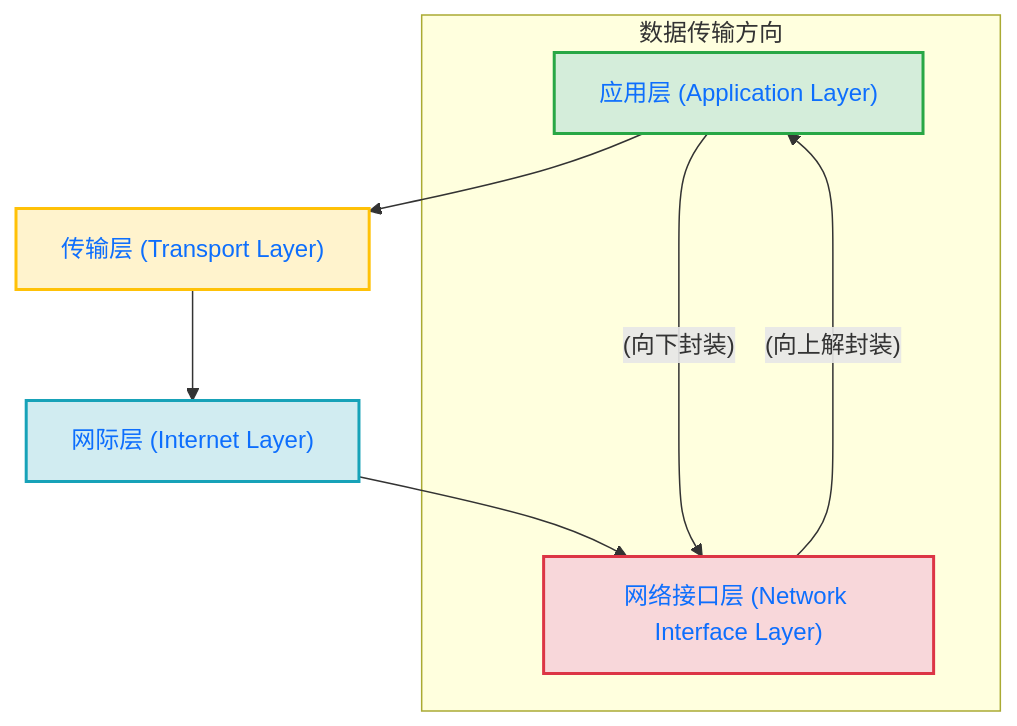
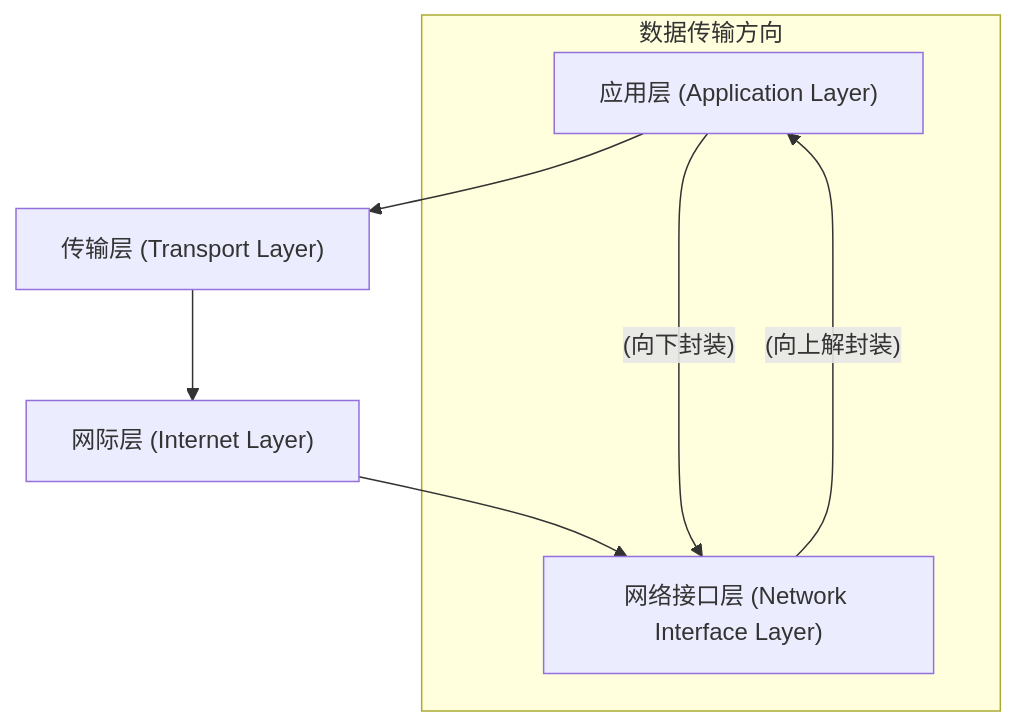
One commit to teatang/t-blog changed the diagram in source/_posts/2023/2023-03-11_TCP IP协议栈深度详解：因特网的核心基石.md. Above: the diagram before and after it, drawn with Mermaid. The commit also changed 24 other files, not shown here.

```diff
--- a/source/_posts/2023/2023-03-11_TCP IP协议栈深度详解：因特网的核心基石.md
+++ b/source/_posts/2023/2023-03-11_TCP IP协议栈深度详解：因特网的核心基石.md
@@ -43,16 +43,11 @@
 {% mermaid %}
 graph TD
     A["应用层 (Application Layer)"] --> B["传输层 (Transport Layer)"]
     B --> C["网际层 (Internet Layer)"]
     C --> D["网络接口层 (Network Interface Layer)"]
 
     subgraph 数据传输方向
         A --(向下封装)--> D
         D --(向上解封装)--> A
     end
-
-    style A fill:#D4EDDA,stroke:#28A745,stroke-width:2px,color:#0D6EFD
-    style B fill:#FFF3CD,stroke:#FFC107,stroke-width:2px,color:#0D6EFD
-    style C fill:#D1ECF1,stroke:#17A2B8,stroke-width:2px,color:#0D6EFD
-    style D fill:#F8D7DA,stroke:#DC3545,stroke-width:2px,color:#0D6EFD
 {% endmermaid %}
```
